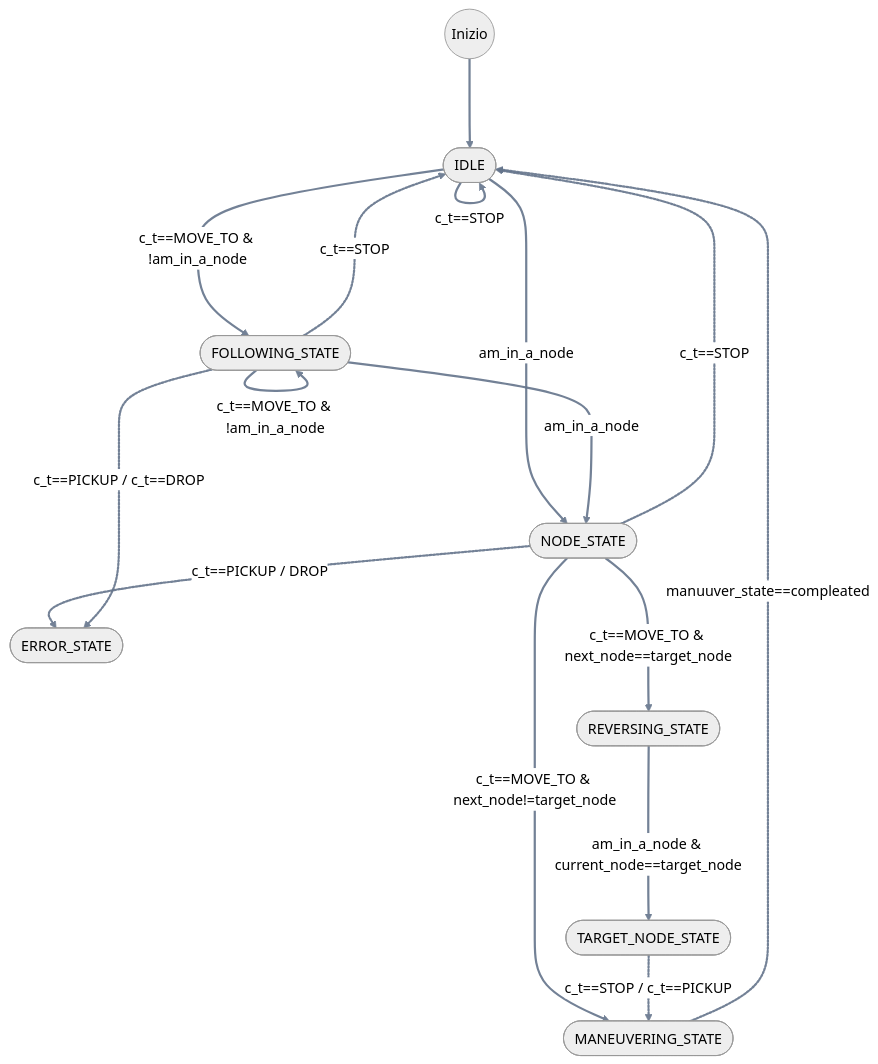
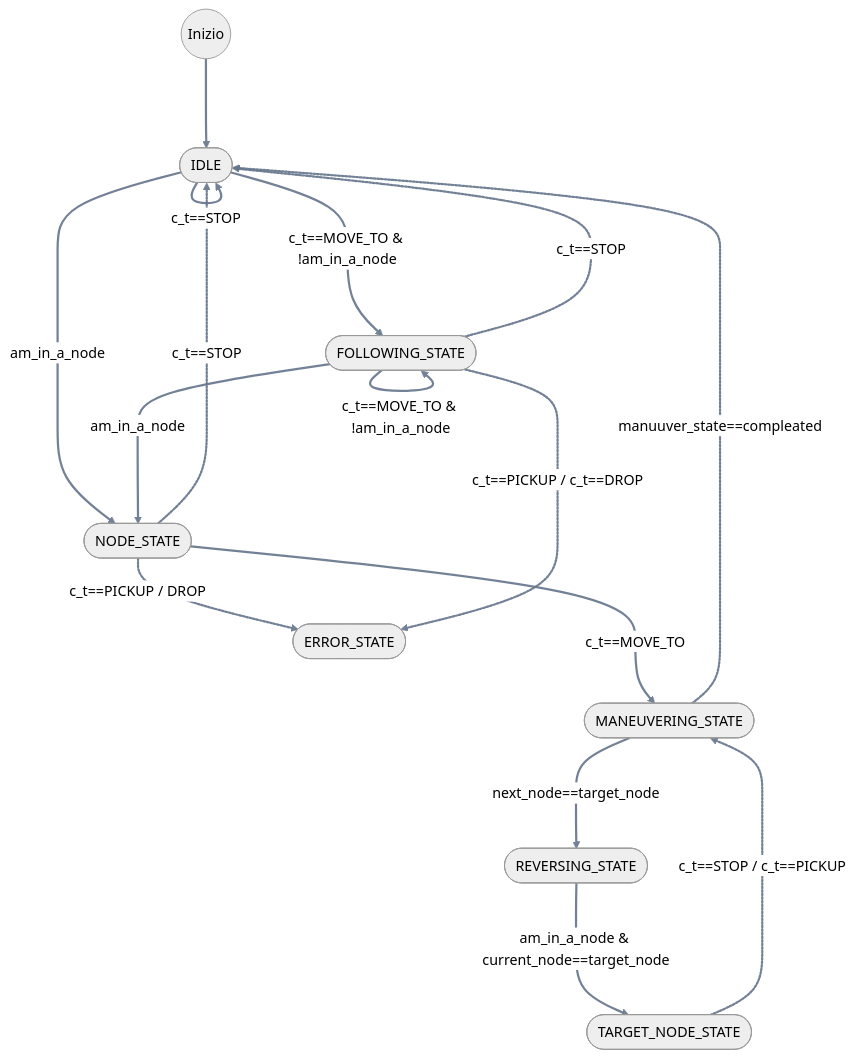
One commit to NadiaMuzyka/agv_real changed the diagram in docs/fsm.mmd. Above: the diagram before and after it, drawn with Mermaid (neutral theme).

Commit message:
fix: simplify NODE_STATE transitions and clarify MANEUVERING_STATE logic

```diff
--- a/docs/fsm.mmd
+++ b/docs/fsm.mmd
@@ -1,59 +1,59 @@
 %%{init: {"state": {"rankSpacing": 140, "nodeSpacing": 140}, "flowchart": {"curve": "basis"}}}%%
 graph TD
     %% ==========================================
     %% DEFINIZIONE DEGLI STATI (Nodi)
     %% ==========================================
     START((Inizio))
     
     IDLE([IDLE])
     NODE([NODE_STATE])
     MANEUVER([MANEUVERING_STATE])
     REVERSE([REVERSING_STATE])
     FOLLOW([FOLLOWING_STATE])
     TARGET([TARGET_NODE_STATE])
     ERR([ERROR_STATE])
 
     %% ==========================================
     %% ARCHI USCENTI DA: START
     %% ==========================================
     START ---> IDLE
 
     %% ==========================================
     %% ARCHI USCENTI DA: IDLE
     %% ==========================================
     IDLE -->|c_t==STOP| IDLE
     IDLE --->|am_in_a_node| NODE
     IDLE --->|c_t==MOVE_TO & !am_in_a_node| FOLLOW
 
     %% ==========================================
     %% ARCHI USCENTI DA: NODE_STATE
     %% ==========================================
-    NODE --->|c_t==MOVE_TO & next_node!=target_node| MANEUVER
-    NODE --->|c_t==MOVE_TO & next_node==target_node| REVERSE
+    NODE --->|c_t==MOVE_TO | MANEUVER
     NODE -.->|c_t==STOP| IDLE
     NODE -.->|c_t==PICKUP / DROP| ERR
 
     %% ==========================================
     %% ARCHI USCENTI DA: FOLLOWING_STATE
     %% ==========================================
     FOLLOW -->|c_t==MOVE_TO & !am_in_a_node| FOLLOW
     FOLLOW --->|am_in_a_node| NODE
     FOLLOW -.->|c_t==STOP| IDLE
     FOLLOW -.->|c_t==PICKUP / c_t==DROP| ERR
 
     %% ==========================================
     %% ARCHI USCENTI DA: MANEUVERING_STATE
     %% ==========================================
     MANEUVER -..->|manuuver_state==compleated| IDLE
+    MANEUVER --->|next_node==target_node| REVERSE
 
     %% ==========================================
     %% ARCHI USCENTI DA: REVERSING_STATE
     %% ==========================================
     REVERSE --->|am_in_a_node & current_node==target_node| TARGET
 
     %% ==========================================
     %% ARCHI USCENTI DA: TARGET_NODE_STATE
     %% ==========================================
     TARGET -.->|c_t==STOP / c_t==PICKUP| MANEUVER
 
     linkStyle default stroke:#64748b,stroke-width:2.5px,stroke-linecap:round,stroke-linejoin:round,opacity:0.9;
```
